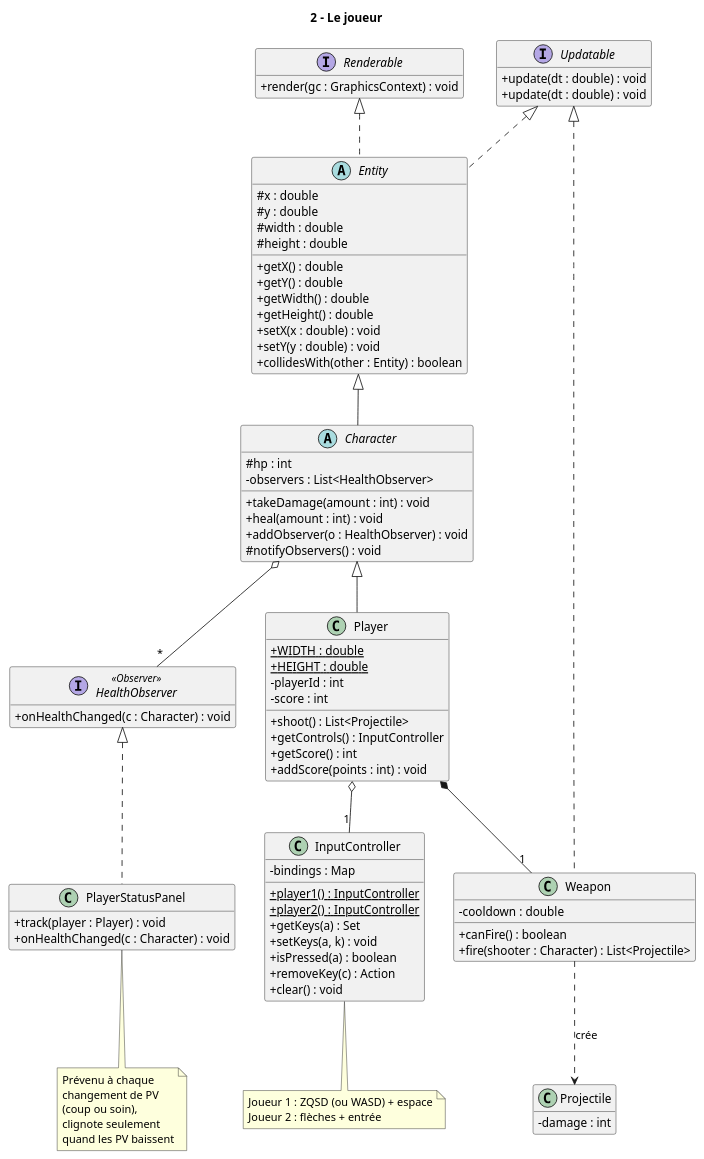
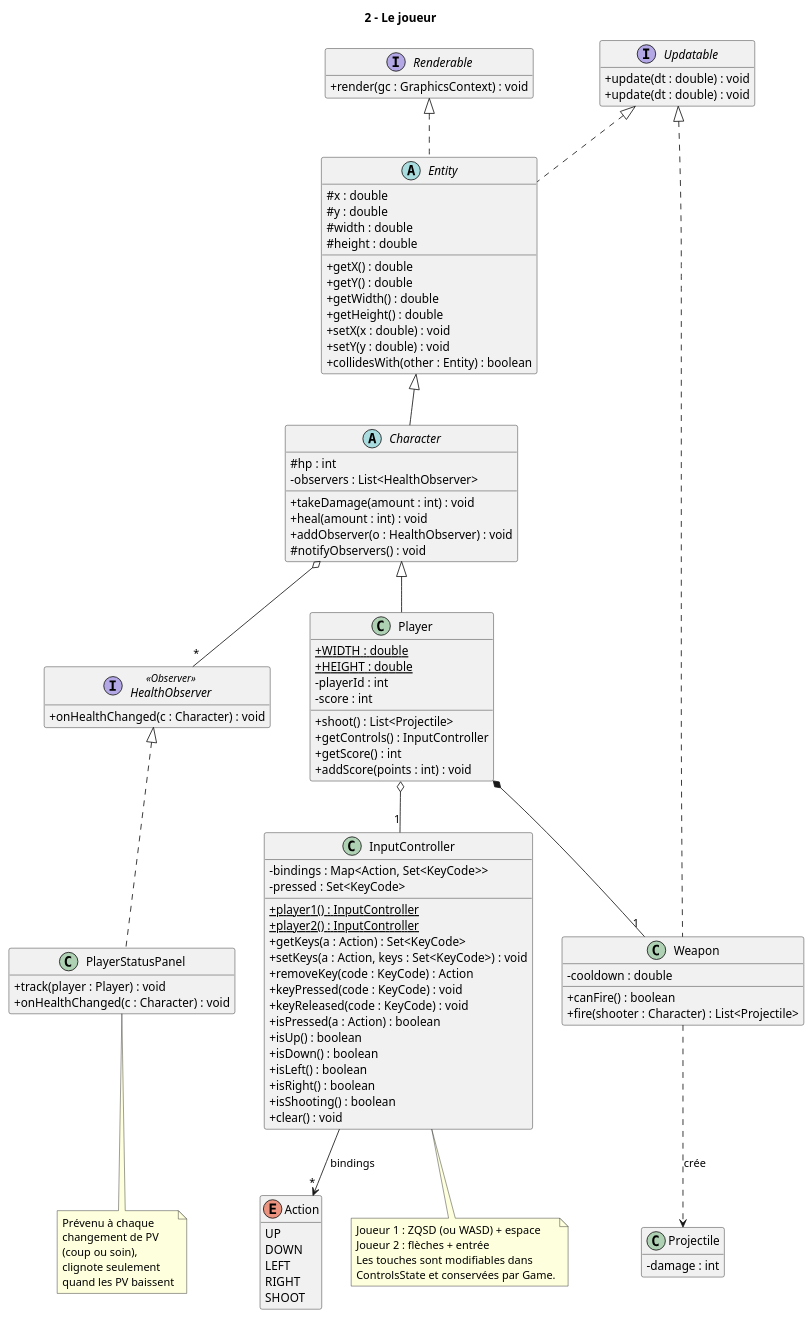
One commit to MeghCH/2d-Game-Natural-Fatal-IA changed the diagram in Docs/Diagrammes/2_joueur.puml. Above: the diagram before and after it, drawn with PlantUML. The commit also changed 16 other files, not shown here.

Commit message:
Fix: change ui on InputController and docs

```diff
--- a/Docs/Diagrammes/2_joueur.puml
+++ b/Docs/Diagrammes/2_joueur.puml
@@ -1,108 +1,127 @@
 @startuml 2_joueur
 title 2 - Le joueur
 
 skinparam classAttributeIconSize 0
 skinparam shadowing false
 hide empty members
 
 interface Updatable {
   + update(dt : double) : void
 }
 
 interface Renderable {
   + render(gc : GraphicsContext) : void
 }
 
 abstract class Entity {
   # x : double
   # y : double
   # width : double
   # height : double
   + getX() : double
   + getY() : double
   + getWidth() : double
   + getHeight() : double
   + setX(x : double) : void
   + setY(y : double) : void
   + collidesWith(other : Entity) : boolean
 }
 
 abstract class Character {
   # hp : int
   - observers : List<HealthObserver>
   + takeDamage(amount : int) : void
   + heal(amount : int) : void
   + addObserver(o : HealthObserver) : void
   # notifyObservers() : void
 }
 
 class Player {
   + {static} WIDTH : double
   + {static} HEIGHT : double
   - playerId : int
   - score : int
   + shoot() : List<Projectile>
   + getControls() : InputController
   + getScore() : int
   + addScore(points : int) : void
 }
 
 class InputController {
-  - bindings : Map
+  - bindings : Map<Action, Set<KeyCode>>
+  - pressed : Set<KeyCode>
   + {static} player1() : InputController
   + {static} player2() : InputController
-  + getKeys(a) : Set
-  + setKeys(a, k) : void
-  + isPressed(a) : boolean
-  + removeKey(c) : Action
+  + getKeys(a : Action) : Set<KeyCode>
+  + setKeys(a : Action, keys : Set<KeyCode>) : void
+  + removeKey(code : KeyCode) : Action
+  + keyPressed(code : KeyCode) : void
+  + keyReleased(code : KeyCode) : void
+  + isPressed(a : Action) : boolean
+  + isUp() : boolean
+  + isDown() : boolean
+  + isLeft() : boolean
+  + isRight() : boolean
+  + isShooting() : boolean
   + clear() : void
+}
+
+enum Action {
+  UP
+  DOWN
+  LEFT
+  RIGHT
+  SHOOT
 }
 
 interface Updatable {
   + update(dt : double) : void
 }
 
 class Weapon {
   - cooldown : double
   + canFire() : boolean
   + fire(shooter : Character) : List<Projectile>
 }
 
 class Projectile {
   - damage : int
 }
 
 interface HealthObserver <<Observer>> {
   + onHealthChanged(c : Character) : void
 }
 
 class PlayerStatusPanel {
   + track(player : Player) : void
   + onHealthChanged(c : Character) : void
 }
 
 Updatable  <|.. Entity
 Renderable <|.. Entity
 Entity <|-- Character
 Character <|-- Player
 Player o-- "1" InputController
 Player *-- "1" Weapon
 Weapon ..> Projectile : crée
 Updatable <|.. Weapon
 Character o-- "*" HealthObserver
 HealthObserver <|.. PlayerStatusPanel
+InputController --> "*" Action : bindings
 
 note bottom of InputController
   Joueur 1 : ZQSD (ou WASD) + espace
   Joueur 2 : flèches + entrée
+  Les touches sont modifiables dans
+  ControlsState et conservées par Game.
 end note
 
 note bottom of PlayerStatusPanel
   Prévenu à chaque
   changement de PV
   (coup ou soin),
   clignote seulement
   quand les PV baissent
 end note
 
 @enduml
```
